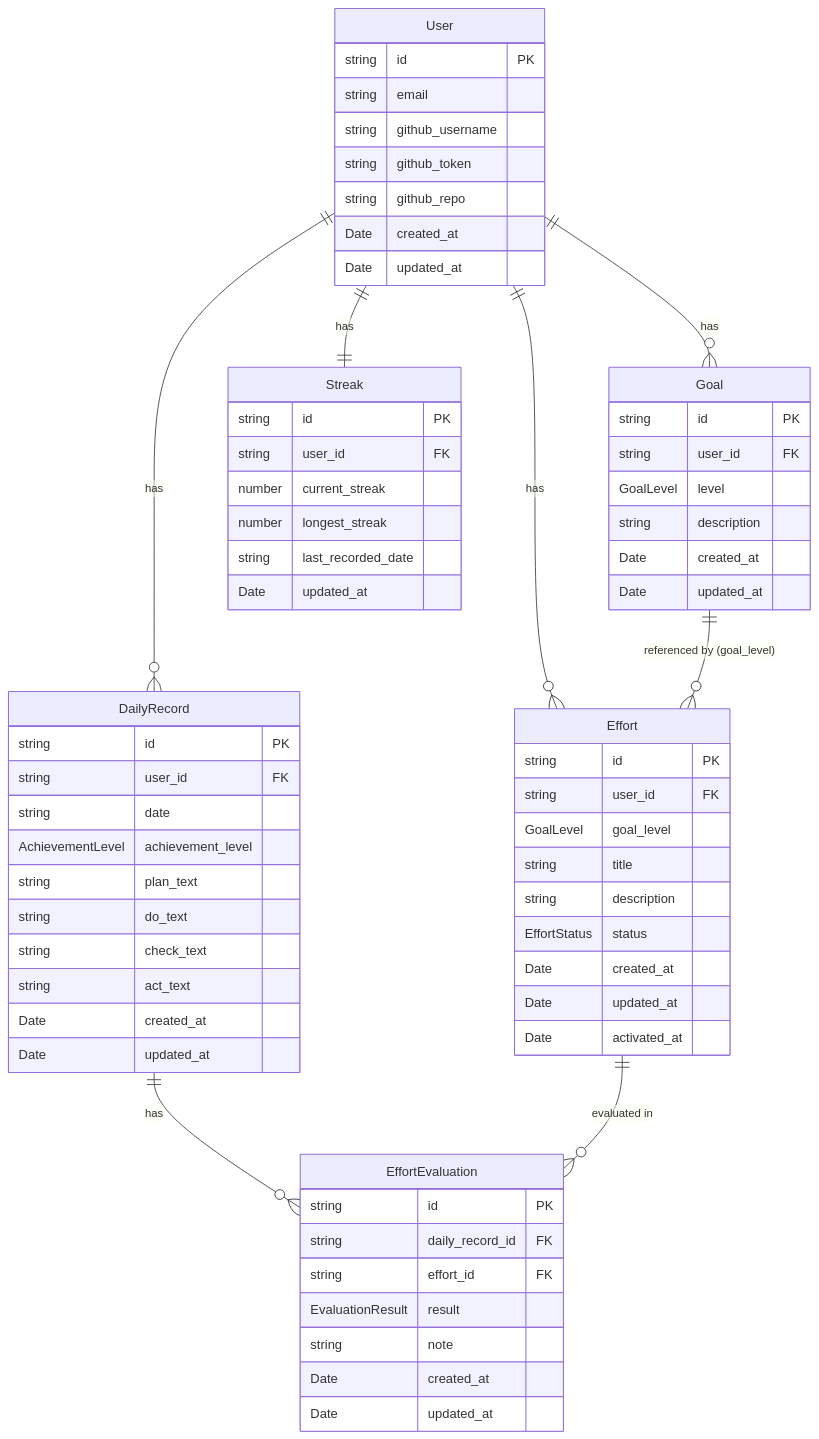
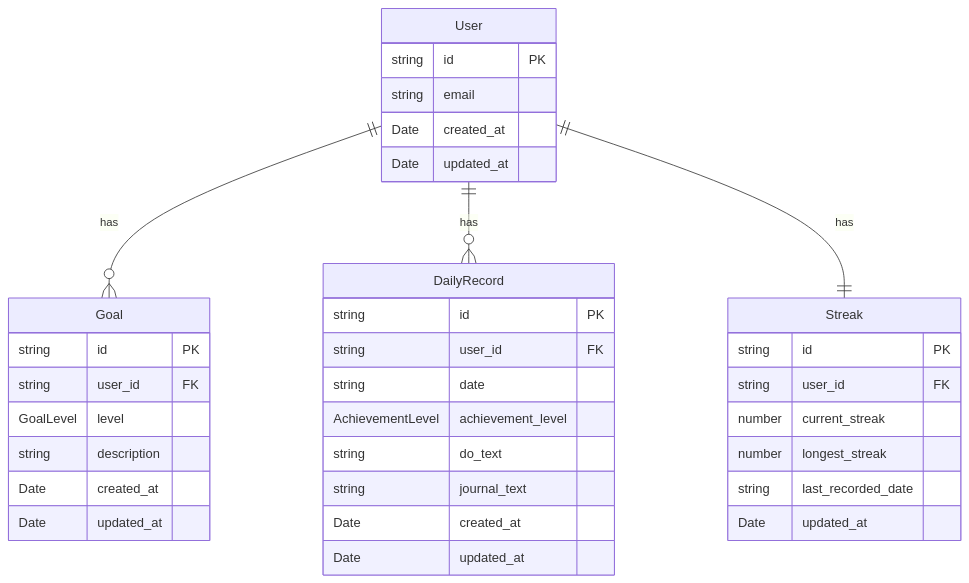
Before and after one commit to Fujita0113/study-manage: the diagram in docs/data-model.md, drawn with Mermaid. The commit also changed other lines of this file and 32 other files, not shown here.

````diff
--- a/docs/data-model.md
+++ b/docs/data-model.md
@@ -263,75 +172,42 @@
 ```mermaid
 erDiagram
     User ||--o{ Goal : "has"
-    User ||--o{ Effort : "has"
     User ||--o{ DailyRecord : "has"
     User ||--|| Streak : "has"
-
-    Goal ||--o{ Effort : "referenced by (goal_level)"
-
-    DailyRecord ||--o{ EffortEvaluation : "has"
-    Effort ||--o{ EffortEvaluation : "evaluated in"
 
     User {
         string id PK
         string email
-        string github_username
-        string github_token
-        string github_repo
         Date created_at
         Date updated_at
     }
 
     Goal {
         string id PK
         string user_id FK
         GoalLevel level
         string description
         Date created_at
         Date updated_at
     }
 
-    Effort {
-        string id PK
-        string user_id FK
-        GoalLevel goal_level
-        string title
-        string description
-        EffortStatus status
-        Date created_at
-        Date updated_at
-        Date activated_at
-    }
-
     DailyRecord {
         string id PK
         string user_id FK
         string date
         AchievementLevel achievement_level
-        string plan_text
         string do_text
-        string check_text
-        string act_text
-        Date created_at
-        Date updated_at
-    }
-
-    EffortEvaluation {
-        string id PK
-        string daily_record_id FK
-        string effort_id FK
-        EvaluationResult result
-        string note
+        string journal_text
         Date created_at
         Date updated_at
     }
 
     Streak {
         string id PK
         string user_id FK
         number current_streak
         number longest_streak
         string last_recorded_date
         Date updated_at
     }
 ```
````
